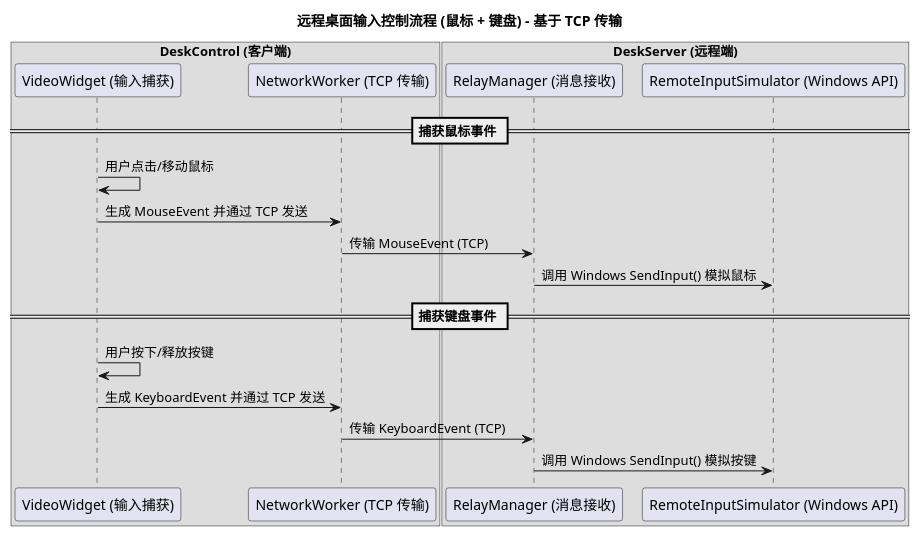
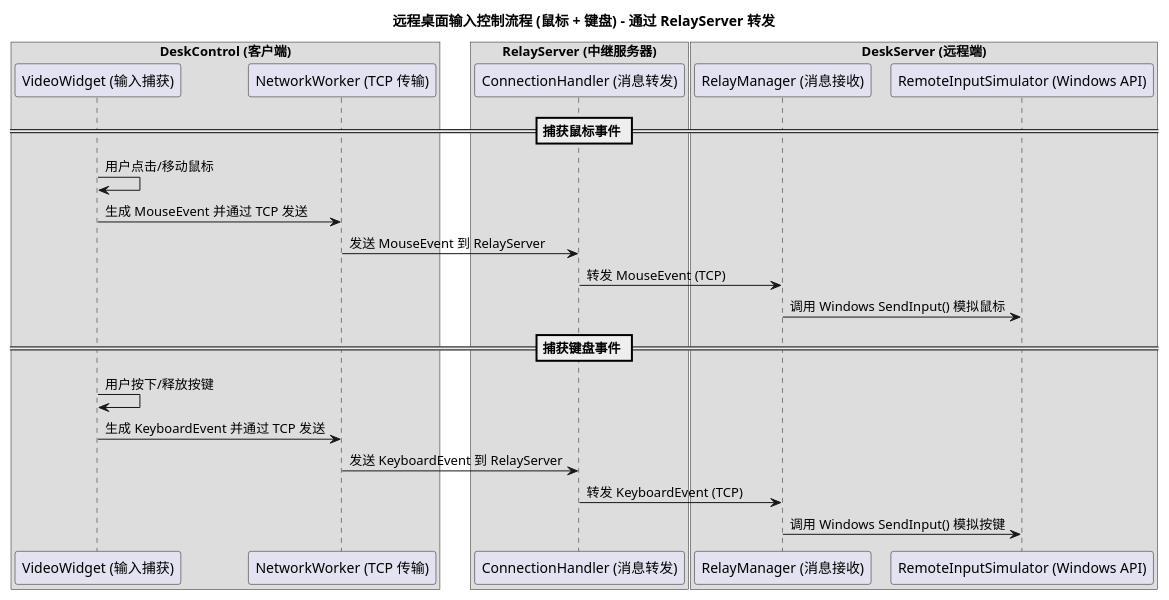
One commit to SwartzMss/SimpleRustDesk changed the diagram in diagrams/MouseKeyInput.puml. Above: the diagram before and after it, drawn with PlantUML.

```diff
--- a/diagrams/MouseKeyInput.puml
+++ b/diagrams/MouseKeyInput.puml
@@ -1,26 +1,32 @@
 @startuml
-title 远程桌面输入控制流程 (鼠标 + 键盘) - 基于 TCP 传输
+title 远程桌面输入控制流程 (鼠标 + 键盘) - 通过 RelayServer 转发
 
 box "DeskControl (客户端)"
     participant "VideoWidget (输入捕获)" as VideoWidget
     participant "NetworkWorker (TCP 传输)" as NetworkWorker
+end box
+
+box "RelayServer (中继服务器)"
+    participant "ConnectionHandler (消息转发)" as RelayRouter
 end box
 
 box "DeskServer (远程端)"
     participant "RelayManager (消息接收)" as RelayManager
     participant "RemoteInputSimulator (Windows API)" as RemoteInputSimulator
 end box
 
 == 捕获鼠标事件 ==
 VideoWidget -> VideoWidget : 用户点击/移动鼠标
 VideoWidget -> NetworkWorker : 生成 MouseEvent 并通过 TCP 发送
-NetworkWorker -> RelayManager : 传输 MouseEvent (TCP)
+NetworkWorker -> RelayRouter : 发送 MouseEvent 到 RelayServer
+RelayRouter -> RelayManager : 转发 MouseEvent (TCP)
 RelayManager -> RemoteInputSimulator : 调用 Windows SendInput() 模拟鼠标
 
 == 捕获键盘事件 ==
 VideoWidget -> VideoWidget : 用户按下/释放按键
 VideoWidget -> NetworkWorker : 生成 KeyboardEvent 并通过 TCP 发送
-NetworkWorker -> RelayManager : 传输 KeyboardEvent (TCP)
+NetworkWorker -> RelayRouter : 发送 KeyboardEvent 到 RelayServer
+RelayRouter -> RelayManager : 转发 KeyboardEvent (TCP)
 RelayManager -> RemoteInputSimulator : 调用 Windows SendInput() 模拟按键
 
 @enduml
```
